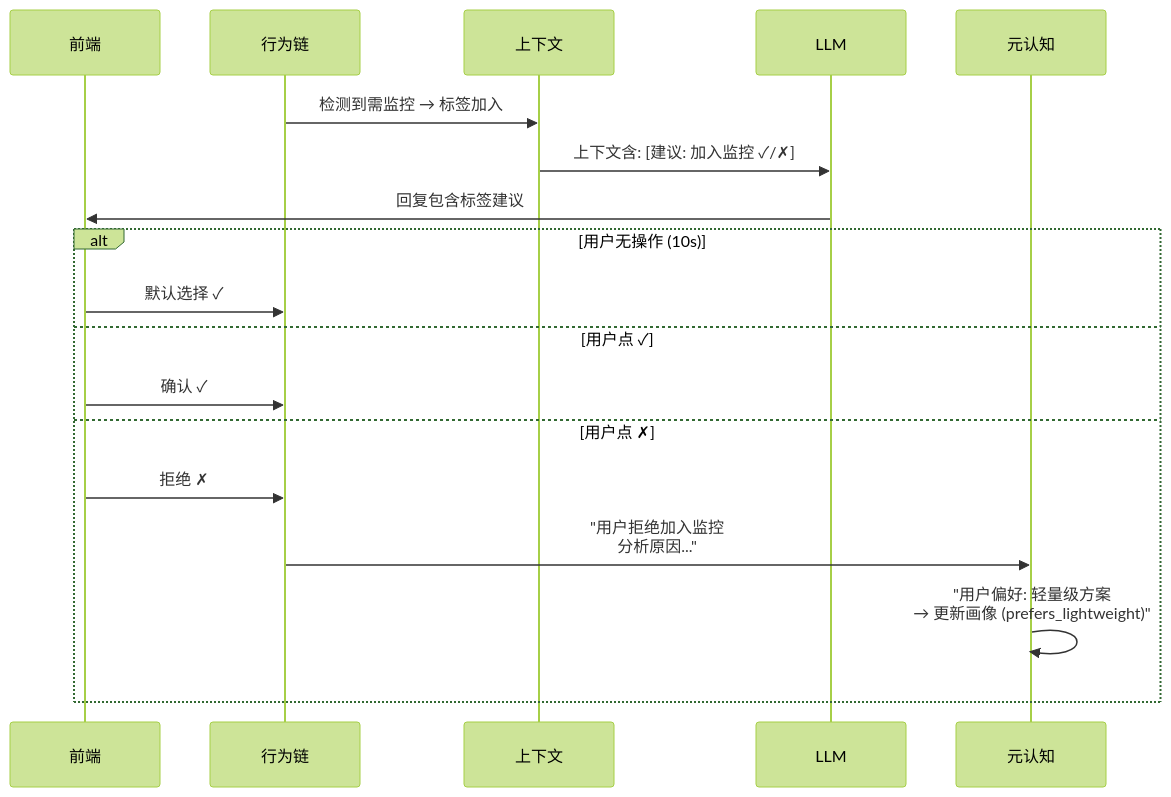
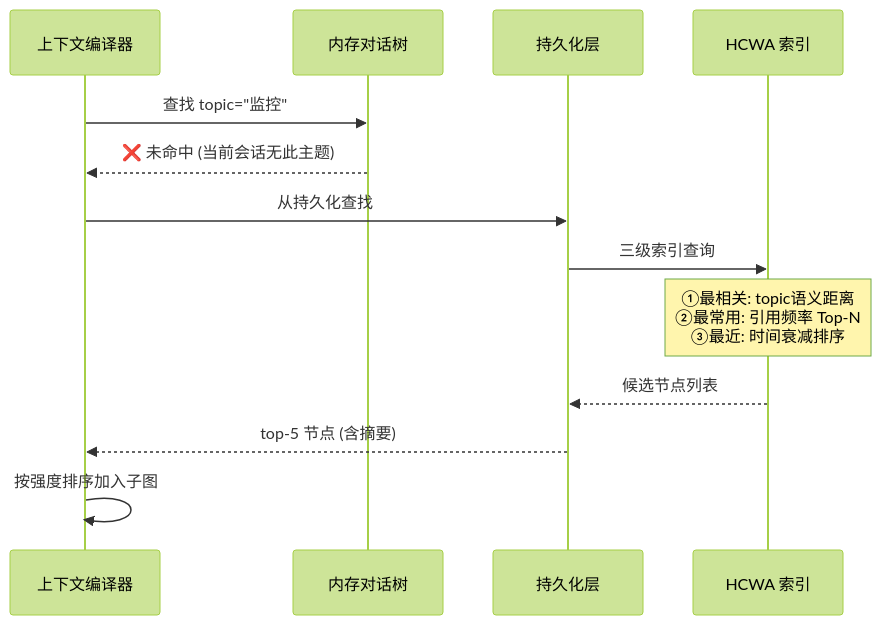
The third of 4 diagrams in docs/BUSINESS_CHAIN_01_CONVERSATION_TREE.md (aptshark-g/DialogMesh), drawn with Mermaid (forest theme) before and after one commit. The commit also changed other lines of this file, not shown here.

Commit message:
Business chain 01 v2: corrected intent recognition (C≠semantic), elastic sizing, HCWA cache-miss, LLM-triggered expansion, pruning

````diff
--- a/docs/BUSINESS_CHAIN_01_CONVERSATION_TREE.md
+++ b/docs/BUSINESS_CHAIN_01_CONVERSATION_TREE.md
@@ -249,22 +164,19 @@
 ```mermaid
 sequenceDiagram
-    participant UI as 前端
-    participant BHV as 行为链
-    participant CTX as 上下文
-    participant LLM as LLM
-    participant META as 元认知
-
-    BHV->>CTX: 检测到需监控 → 标签加入
-    CTX->>LLM: 上下文含: [建议: 加入监控 ✓/✗]
-    LLM->>UI: 回复包含标签建议
+    participant CTX as 上下文编译器
+    participant MEM as 内存对话树
+    participant DISK as 持久化层
+    participant HCWA as HCWA 索引
     
-    alt 用户无操作 (10s)
-        UI->>BHV: 默认选择 ✓
-    else 用户点 ✓
-        UI->>BHV: 确认 ✓
-    else 用户点 ✗
-        UI->>BHV: 拒绝 ✗
-        BHV->>META: "用户拒绝加入监控<br/>分析原因..."
-        META->>META: "用户偏好: 轻量级方案<br/>→ 更新画像 (prefers_lightweight)"
-    end
+    CTX->>MEM: 查找 topic="监控"
+    MEM-->>CTX: ❌ 未命中 (当前会话无此主题)
+    
+    CTX->>DISK: 从持久化查找
+    DISK->>HCWA: 三级索引查询
+    Note over HCWA: ①最相关: topic语义距离<br/>②最常用: 引用频率 Top-N<br/>③最近: 时间衰减排序
+    
+    HCWA-->>DISK: 候选节点列表
+    DISK-->>CTX: top-5 节点 (含摘要)
+    
+    CTX->>CTX: 按强度排序加入子图
 ```
````
